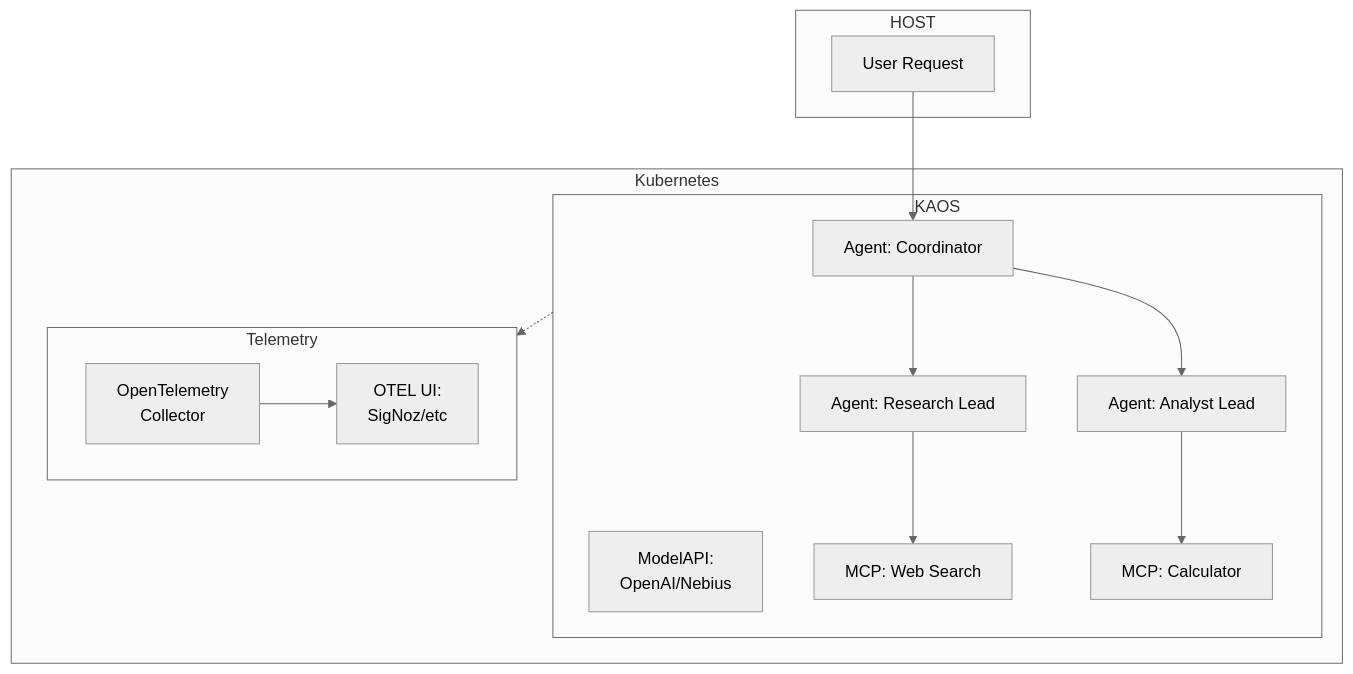
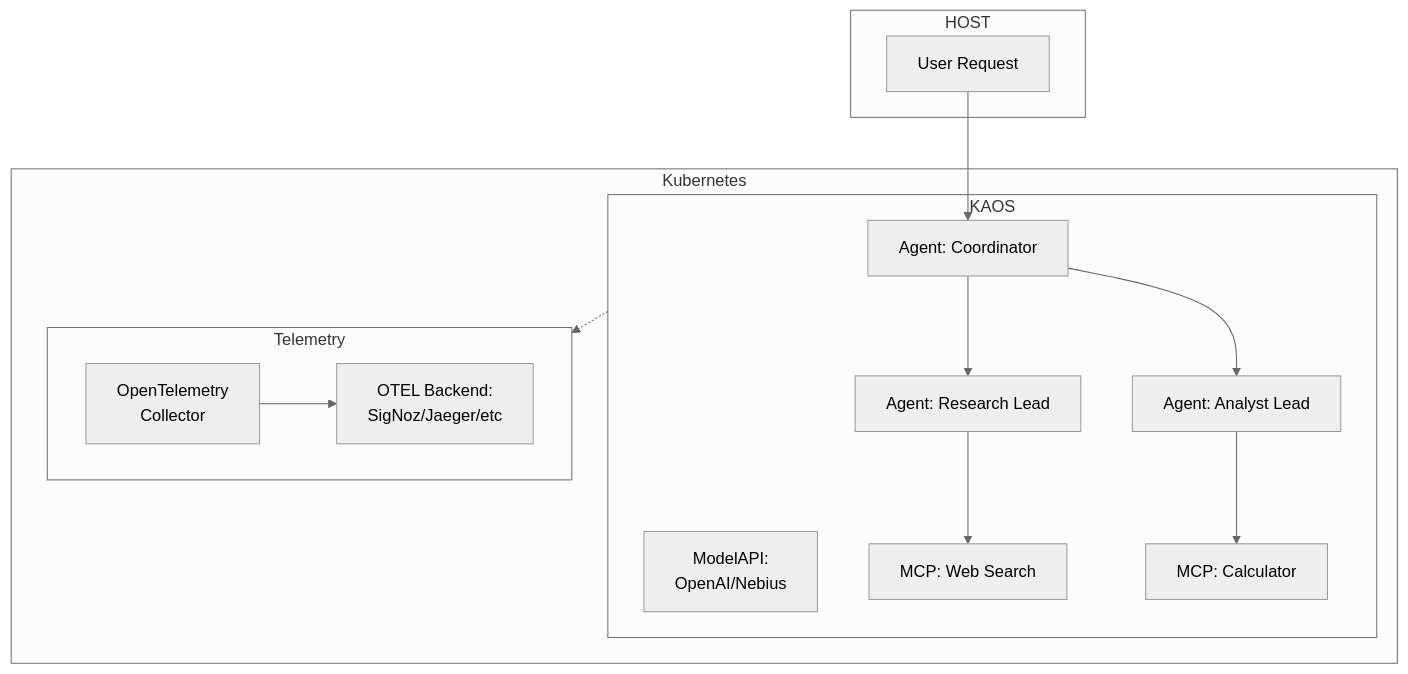
Before and after one commit to axsaucedo/kaos-ai-docs: the first of 2 diagrams in BLOGPOST.md, drawn with Mermaid (neutral theme). The commit also changed other lines of this file, not shown here.

````diff
--- a/BLOGPOST.md
+++ b/BLOGPOST.md
@@ -46,30 +139,30 @@
 ```mermaid
 graph TB
     subgraph HOST
         User[User Request]
     end
 
     subgraph Kubernetes
         subgraph KAOS
             User --> Coordinator[Agent: Coordinator]
 
             Model[ModelAPI:<br/>OpenAI/Nebius]
 
             Coordinator --> Researcher[Agent: Research Lead]
             Coordinator --> Analyst[Agent: Analyst Lead]
 
             Researcher --> SearchTool[MCP: Web Search]
 
             Analyst --> CalcTool[MCP: Calculator]
         end
 
         subgraph Telemetry
             OTEL[OpenTelemetry<br/>Collector]
-            SigNoz[OTEL UI:<br>SigNoz/etc]
+            Backend[OTEL Backend:<br>SigNoz/Jaeger/etc]
         end
     end
 
     KAOS -.-> Telemetry
 
-    OTEL --> SigNoz
+    OTEL --> Backend
 ```
````
